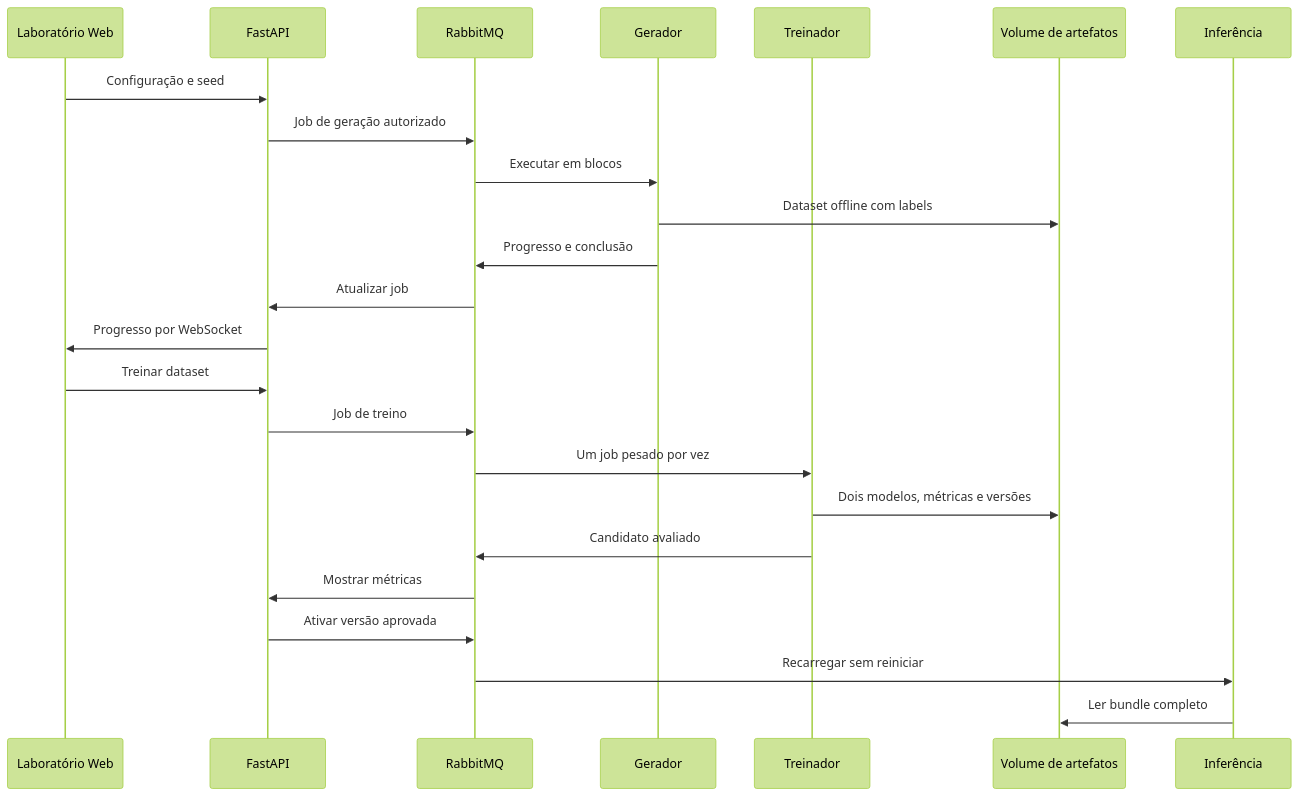
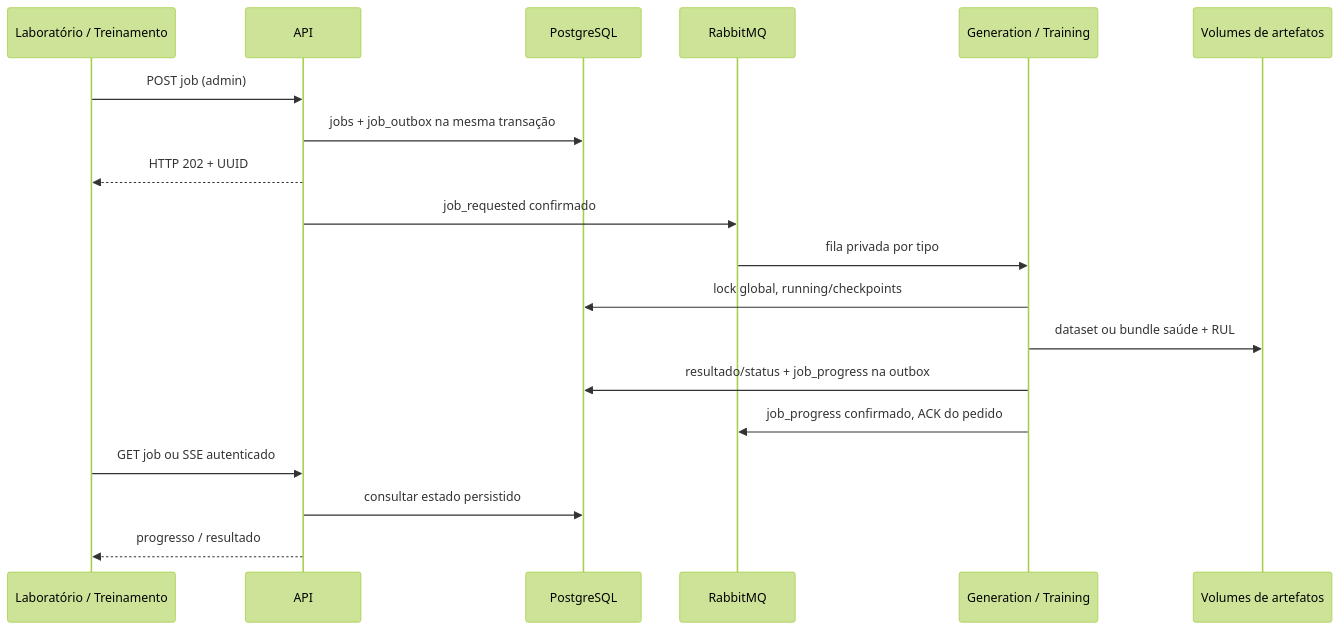
One commit to VitorFcosta/ColdSafe changed the fourth of 6 diagrams in docs/aiot/architecture.md. Above: the diagram before and after it, drawn with Mermaid (forest theme). The commit also changed other lines of this file and 10 other files, not shown here.

First line of the commit message:
docs(aiot): conclui README, diagramas e roteiro final

````diff
--- a/docs/aiot/architecture.md
+++ b/docs/aiot/architecture.md
@@ -95,26 +141,21 @@
 ```mermaid
 sequenceDiagram
-participant F as Laboratório Web
-participant A as FastAPI
-participant R as RabbitMQ
-participant G as Gerador
-participant T as Treinador
-participant V as Volume de artefatos
-participant I as Inferência
-F->>A: Configuração e seed
-A->>R: Job de geração autorizado
-R->>G: Executar em blocos
-G->>V: Dataset offline com labels
-G->>R: Progresso e conclusão
-R->>A: Atualizar job
-A->>F: Progresso por WebSocket
-F->>A: Treinar dataset
-A->>R: Job de treino
-R->>T: Um job pesado por vez
-T->>V: Dois modelos, métricas e versões
-T->>R: Candidato avaliado
-R->>A: Mostrar métricas
-A->>R: Ativar versão aprovada
-R->>I: Recarregar sem reiniciar
-I->>V: Ler bundle completo
+  participant V as Laboratório / Treinamento
+  participant A as API
+  participant P as PostgreSQL
+  participant R as RabbitMQ
+  participant W as Generation / Training
+  participant D as Volumes de artefatos
+  V->>A: POST job (admin)
+  A->>P: jobs + job_outbox na mesma transação
+  A-->>V: HTTP 202 + UUID
+  A->>R: job_requested confirmado
+  R->>W: fila privada por tipo
+  W->>P: lock global, running/checkpoints
+  W->>D: dataset ou bundle saúde + RUL
+  W->>P: resultado/status + job_progress na outbox
+  W->>R: job_progress confirmado, ACK do pedido
+  V->>A: GET job ou SSE autenticado
+  A->>P: consultar estado persistido
+  A-->>V: progresso / resultado
 ```
````
